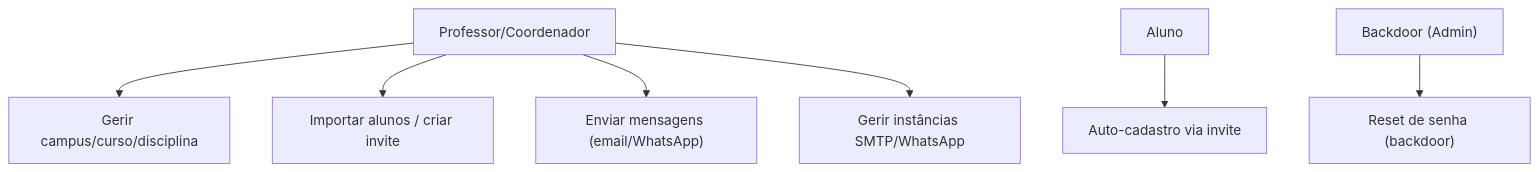
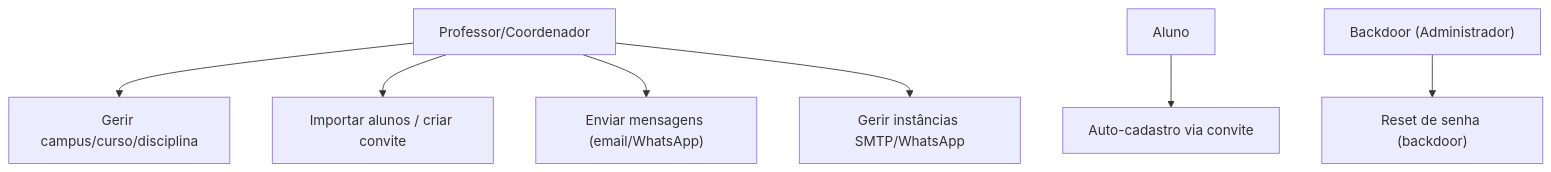
One commit to ThalysSilva/unicast-backend changed the eighth of 8 diagrams in README.md. Above: the diagram before and after it, drawn with Mermaid. The commit also changed other lines of this file, not shown here.

Commit message:
fix: corrigindo diagramas no readme

````diff
--- a/README.md
+++ b/README.md
@@ -523,20 +532,20 @@
 ```mermaid
 flowchart TB
     Professor["Professor/Coordenador"]
     Aluno["Aluno"]
-    Admin["Backdoor (Admin)"]
+    Admin["Backdoor (Administrador)"]
 
     C1["Gerir campus/curso/disciplina"]
-    C2["Importar alunos / criar invite"]
-    C3["Auto-cadastro via invite"]
+    C2["Importar alunos / criar convite"]
+    C3["Auto-cadastro via convite"]
     C4["Enviar mensagens (email/WhatsApp)"]
     C5["Gerir instâncias SMTP/WhatsApp"]
     C6["Reset de senha (backdoor)"]
 
     Professor --> C1
     Professor --> C2
     Professor --> C4
     Professor --> C5
     Aluno --> C3
     Admin --> C6
 ```
````
